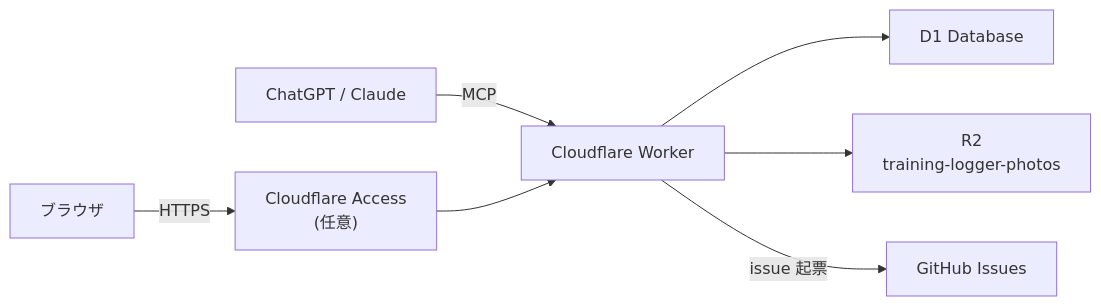
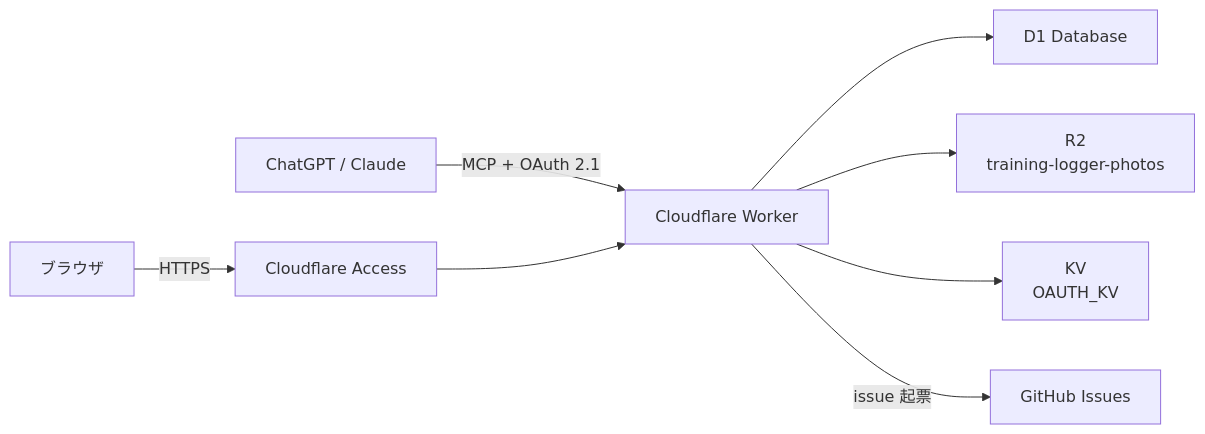
The diagram in README.md (japan4415/training-logger), drawn with Mermaid before and after one commit. The commit also changed other lines of this file and 13 other files, not shown here.

````diff
--- a/README.md
+++ b/README.md
@@ -22,9 +23,10 @@
 ```mermaid
 graph LR
-    A["ChatGPT / Claude"] -->|MCP| B["Cloudflare Worker"]
-    C["ブラウザ"] -->|HTTPS| D["Cloudflare Access<br/>(任意)"]
+    A["ChatGPT / Claude"] -->|"MCP + OAuth 2.1"| B["Cloudflare Worker"]
+    C["ブラウザ"] -->|HTTPS| D["Cloudflare Access"]
     D --> B
     B --> E["D1 Database"]
     B --> G["R2<br/>training-logger-photos"]
+    B --> H["KV<br/>OAUTH_KV"]
     B -->|issue 起票| F["GitHub Issues"]
 ```
````
